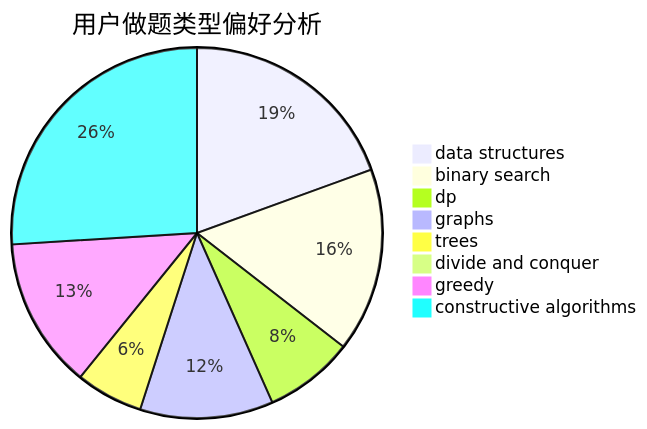
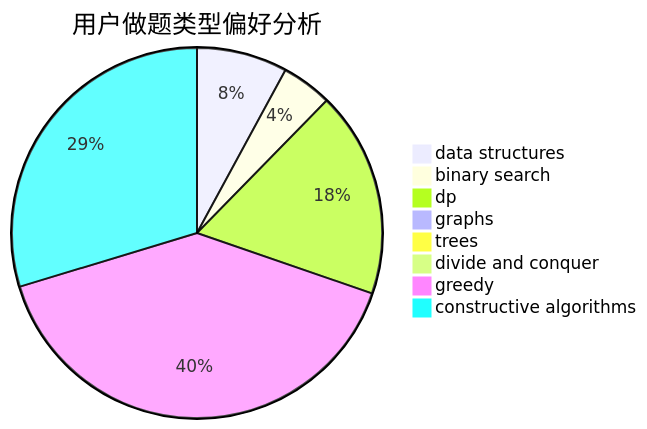
One commit to sherpahu/cfrs.github.io changed the second of 3 diagrams in docs/user/u1807.md. Above: the diagram before and after it, drawn with Mermaid. The commit also changed other lines of this file and 2770 other files, not shown here.

````diff
--- a/docs/user/u1807.md
+++ b/docs/user/u1807.md
@@ -23,11 +23,11 @@
 ```mermaid
 pie title 用户做题类型偏好分析
-    "data structures" :  149
-    "binary search" :  123
-    "dp" :  60
-    "graphs" :  89
-    "trees" :  45
+    "data structures" :  52
+    "binary search" :  29
+    "dp" :  118
+    "graphs" :  5
+    "trees" :  1
     "divide and conquer" :  0
-    "greedy" :  101
-    "constructive algorithms" :  199
+    "greedy" :  263
+    "constructive algorithms" :  195
 ```
````
